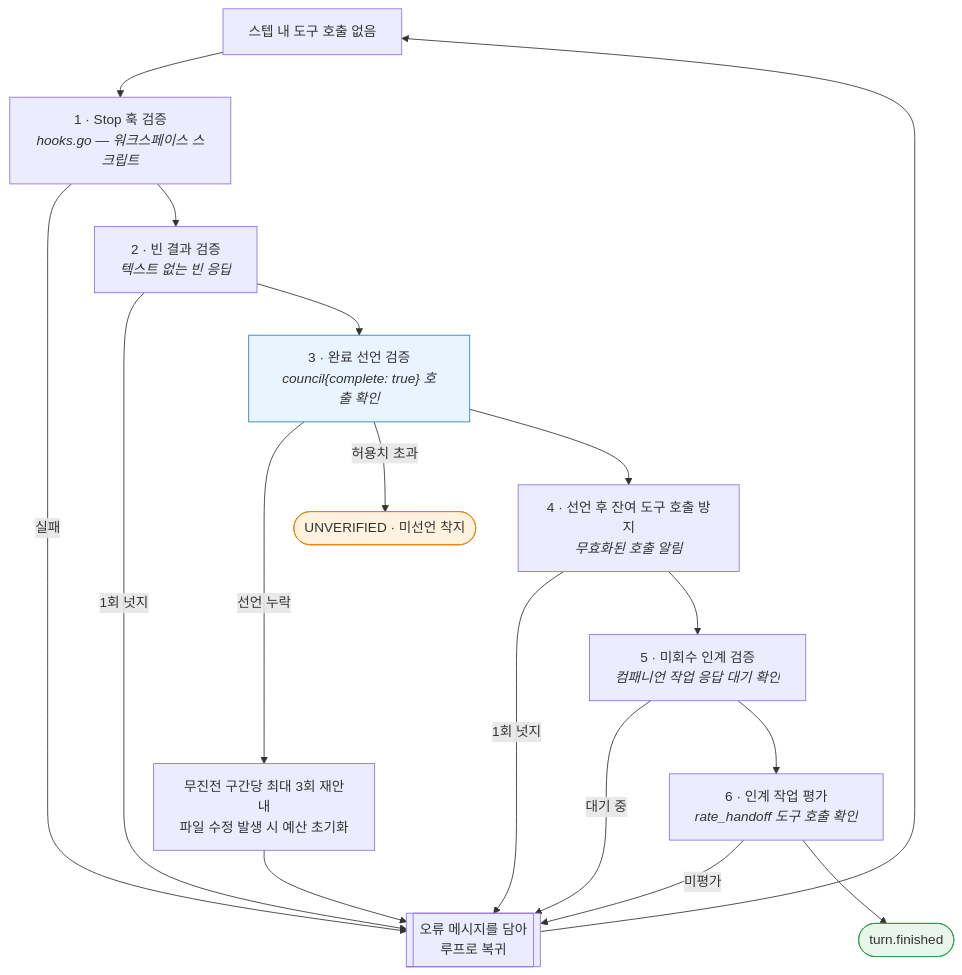
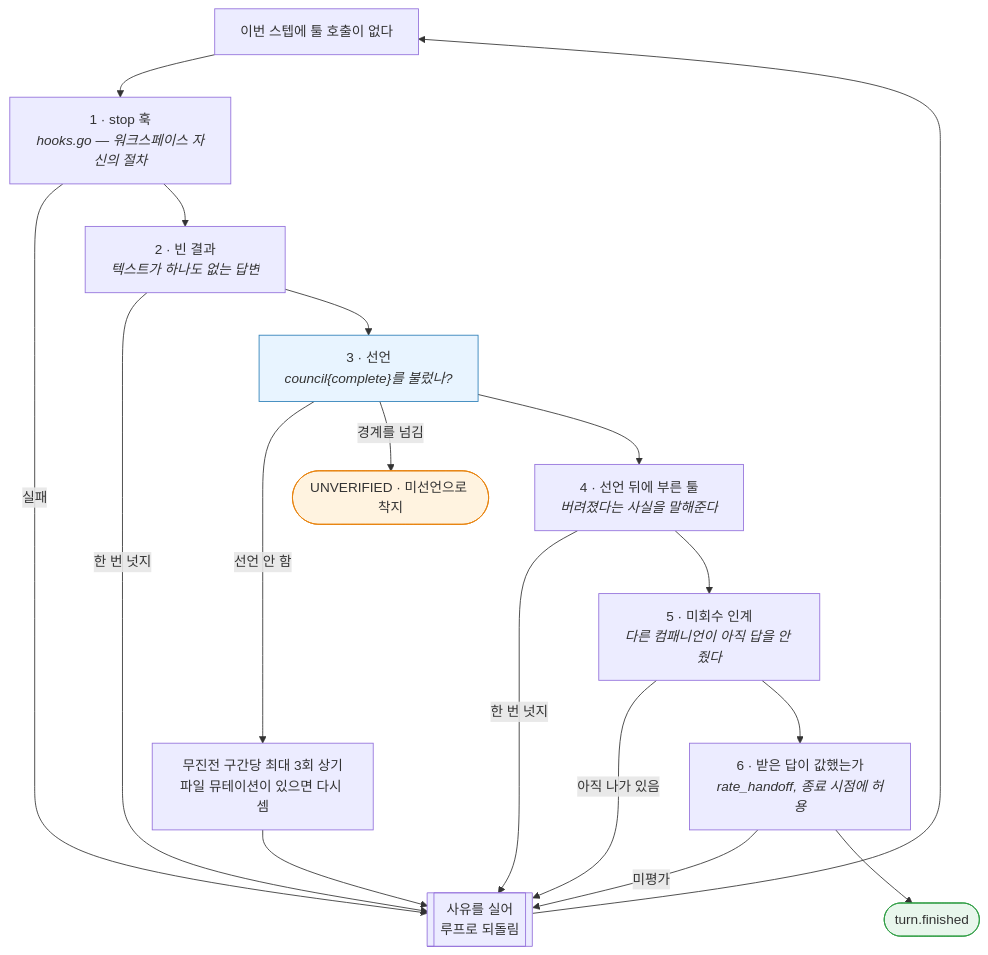
One commit to sayaya1090/magi changed the fifth of 6 diagrams in docs/ARCHITECTURE.ko.md. Above: the diagram before and after it, drawn with Mermaid. The commit also changed other lines of this file and 4 other files, not shown here.

````diff
--- a/docs/ARCHITECTURE.ko.md
+++ b/docs/ARCHITECTURE.ko.md
@@ -420,23 +595,23 @@
 ```mermaid
 flowchart TD
-    Z[스텝 내 도구 호출 없음] --> H1["1 · Stop 훅 검증<br/><i>hooks.go — 워크스페이스 스크립트</i>"]
-    H1 -->|실패| BACK[["오류 메시지를 담아<br/>루프로 복귀"]]
-    H1 --> H2["2 · 빈 결과 검증<br/><i>텍스트 없는 빈 응답</i>"]
-    H2 -->|1회 넛지| BACK
-    H2 --> H3["3 · 완료 선언 검증<br/><i>council{complete: true} 호출 확인</i>"]
-    H3 -->|선언 누락| REM["무진전 구간당 최대 3회 재안내<br/>파일 수정 발생 시 예산 초기화"]
+    Z[이번 스텝에 툴 호출이 없다] --> H1["1 · stop 훅<br/><i>hooks.go — 워크스페이스 자신의 절차</i>"]
+    H1 -->|실패| BACK[["사유를 실어<br/>루프로 되돌림"]]
+    H1 --> H2["2 · 빈 결과<br/><i>텍스트가 하나도 없는 답변</i>"]
+    H2 -->|한 번 넛지| BACK
+    H2 --> H3["3 · 선언<br/><i>council{complete}를 불렀나?</i>"]
+    H3 -->|선언 안 함| REM["무진전 구간당 최대 3회 상기<br/>파일 뮤테이션이 있으면 다시 셈"]
     REM --> BACK
-    H3 -->|허용치 초과| UNV([UNVERIFIED · 미선언 착지])
-    H3 --> H4["4 · 선언 후 잔여 도구 호출 방지<br/><i>무효화된 호출 알림</i>"]
-    H4 -->|1회 넛지| BACK
-    H4 --> H5["5 · 미회수 인계 검증<br/><i>컴패니언 작업 응답 대기 확인</i>"]
-    H5 -->|대기 중| BACK
-    H5 --> H6["6 · 인계 작업 평가<br/><i>rate_handoff 도구 호출 확인</i>"]
+    H3 -->|경계를 넘김| UNV([UNVERIFIED · 미선언으로 착지])
+    H3 --> H4["4 · 선언 뒤에 부른 툴<br/><i>버려졌다는 사실을 말해준다</i>"]
+    H4 -->|한 번 넛지| BACK
+    H4 --> H5["5 · 미회수 인계<br/><i>다른 컴패니언이 아직 답을 안 줬다</i>"]
+    H5 -->|아직 나가 있음| BACK
+    H5 --> H6["6 · 받은 답이 값했는가<br/><i>rate_handoff, 종료 시점에 허용</i>"]
     H6 -->|미평가| BACK
     H6 --> END([turn.finished])
     BACK --> Z
 
     style END fill:#e8f6ec,stroke:#2f9e44
     style UNV fill:#fff3e0,stroke:#e8820c
     style H3 fill:#e8f4ff,stroke:#2c7fb8
 ```
````
